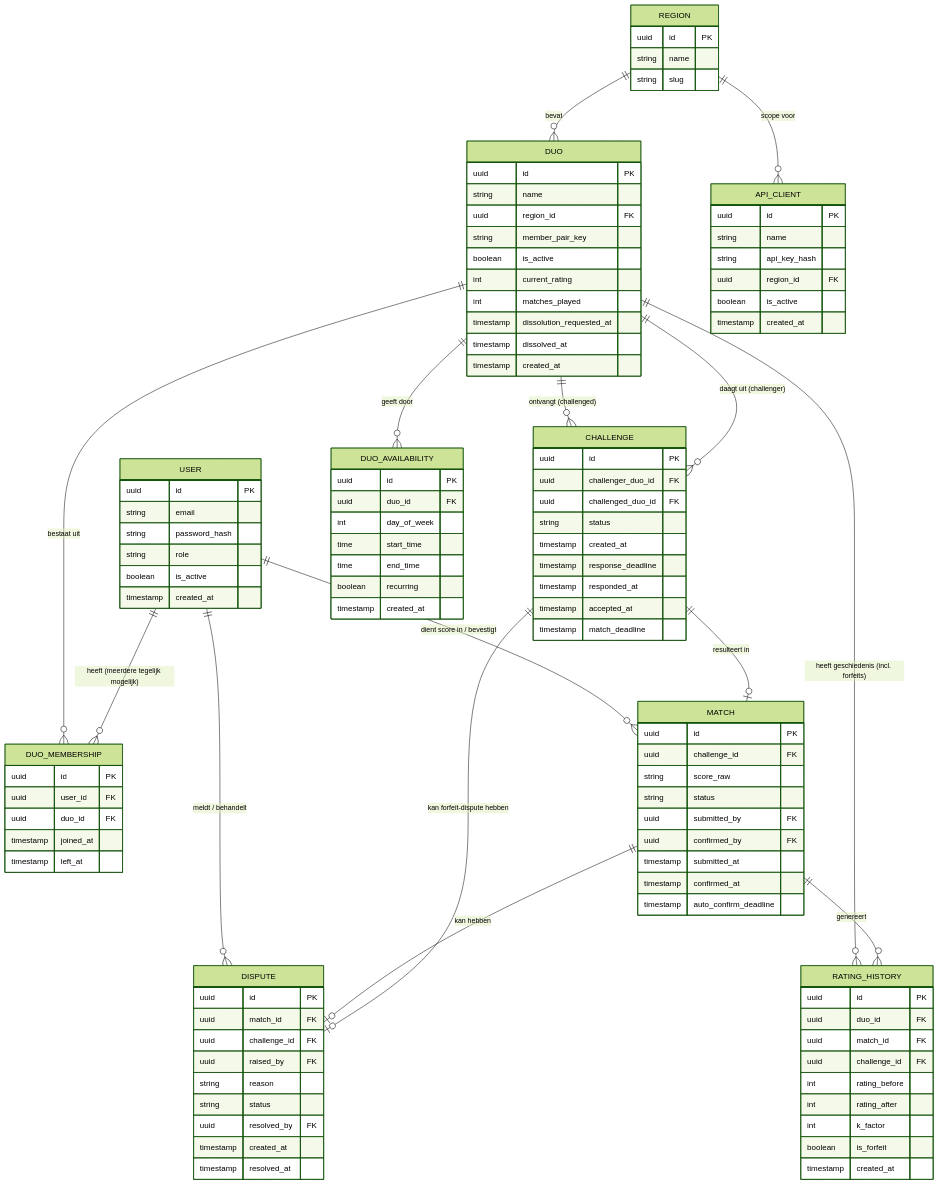
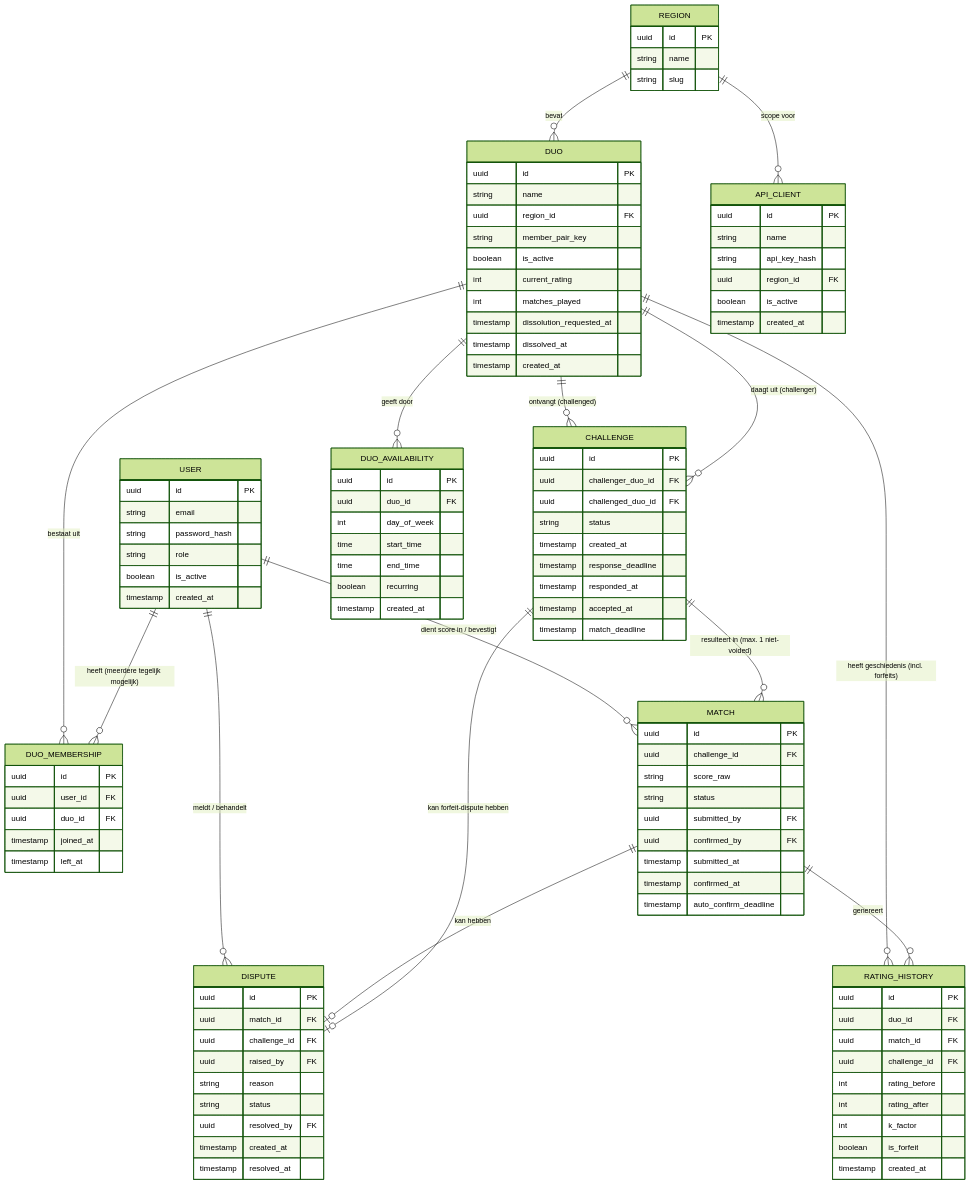
The diagram in docs/ER_Diagram.mermaid (marcgeerlings7/padelduel), drawn with Mermaid (forest theme) before and after one commit. The commit also changed 11 other files, not shown here.

```diff
--- a/docs/ER_Diagram.mermaid
+++ b/docs/ER_Diagram.mermaid
@@ -1,118 +1,118 @@
 erDiagram
     USER ||--o{ DUO_MEMBERSHIP : "heeft (meerdere tegelijk mogelijk)"
     DUO ||--o{ DUO_MEMBERSHIP : "bestaat uit"
     REGION ||--o{ DUO : "bevat"
     DUO ||--o{ CHALLENGE : "daagt uit (challenger)"
     DUO ||--o{ CHALLENGE : "ontvangt (challenged)"
-    CHALLENGE ||--o| MATCH : "resulteert in"
+    CHALLENGE ||--o{ MATCH : "resulteert in (max. 1 niet-voided)"
     CHALLENGE ||--o| DISPUTE : "kan forfeit-dispute hebben"
     MATCH ||--o{ RATING_HISTORY : "genereert"
     MATCH ||--o| DISPUTE : "kan hebben"
     DUO ||--o{ RATING_HISTORY : "heeft geschiedenis (incl. forfeits)"
     DUO ||--o{ DUO_AVAILABILITY : "geeft door"
     USER ||--o{ MATCH : "dient score in / bevestigt"
     USER ||--o{ DISPUTE : "meldt / behandelt"
     REGION ||--o{ API_CLIENT : "scope voor"
 
     USER {
         uuid id PK
         string email
         string password_hash
         string role
         boolean is_active
         timestamp created_at
     }
 
     DUO_MEMBERSHIP {
         uuid id PK
         uuid user_id FK
         uuid duo_id FK
         timestamp joined_at
         timestamp left_at
     }
 
     DUO {
         uuid id PK
         string name
         uuid region_id FK
         string member_pair_key
         boolean is_active
         int current_rating
         int matches_played
         timestamp dissolution_requested_at
         timestamp dissolved_at
         timestamp created_at
     }
 
     REGION {
         uuid id PK
         string name
         string slug
     }
 
     CHALLENGE {
         uuid id PK
         uuid challenger_duo_id FK
         uuid challenged_duo_id FK
         string status
         timestamp created_at
         timestamp response_deadline
         timestamp responded_at
         timestamp accepted_at
         timestamp match_deadline
     }
 
     MATCH {
         uuid id PK
         uuid challenge_id FK
         string score_raw
         string status
         uuid submitted_by FK
         uuid confirmed_by FK
         timestamp submitted_at
         timestamp confirmed_at
         timestamp auto_confirm_deadline
     }
 
     RATING_HISTORY {
         uuid id PK
         uuid duo_id FK
         uuid match_id FK
         uuid challenge_id FK
         int rating_before
         int rating_after
         int k_factor
         boolean is_forfeit
         timestamp created_at
     }
 
     DISPUTE {
         uuid id PK
         uuid match_id FK
         uuid challenge_id FK
         uuid raised_by FK
         string reason
         string status
         uuid resolved_by FK
         timestamp created_at
         timestamp resolved_at
     }
 
     DUO_AVAILABILITY {
         uuid id PK
         uuid duo_id FK
         int day_of_week
         time start_time
         time end_time
         boolean recurring
         timestamp created_at
     }
 
     API_CLIENT {
         uuid id PK
         string name
         string api_key_hash
         uuid region_id FK
         boolean is_active
         timestamp created_at
     }
```
